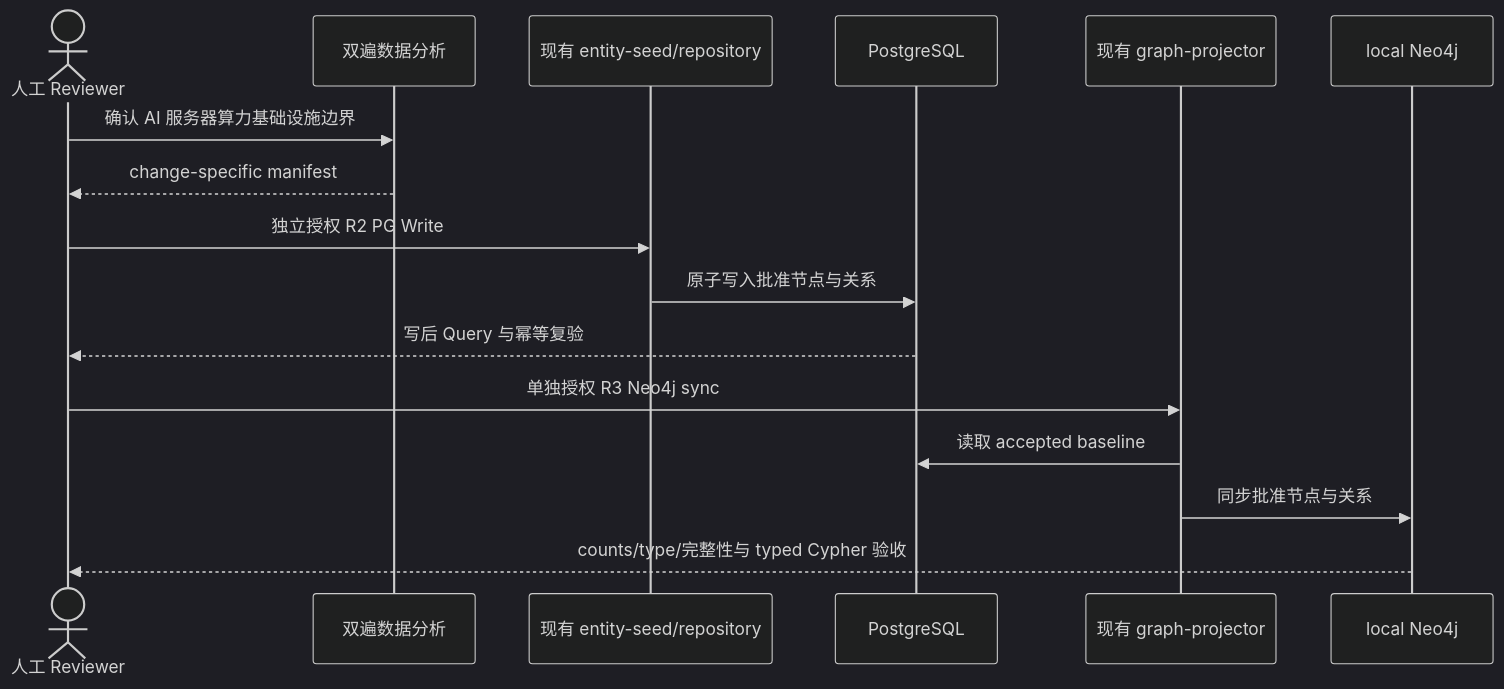
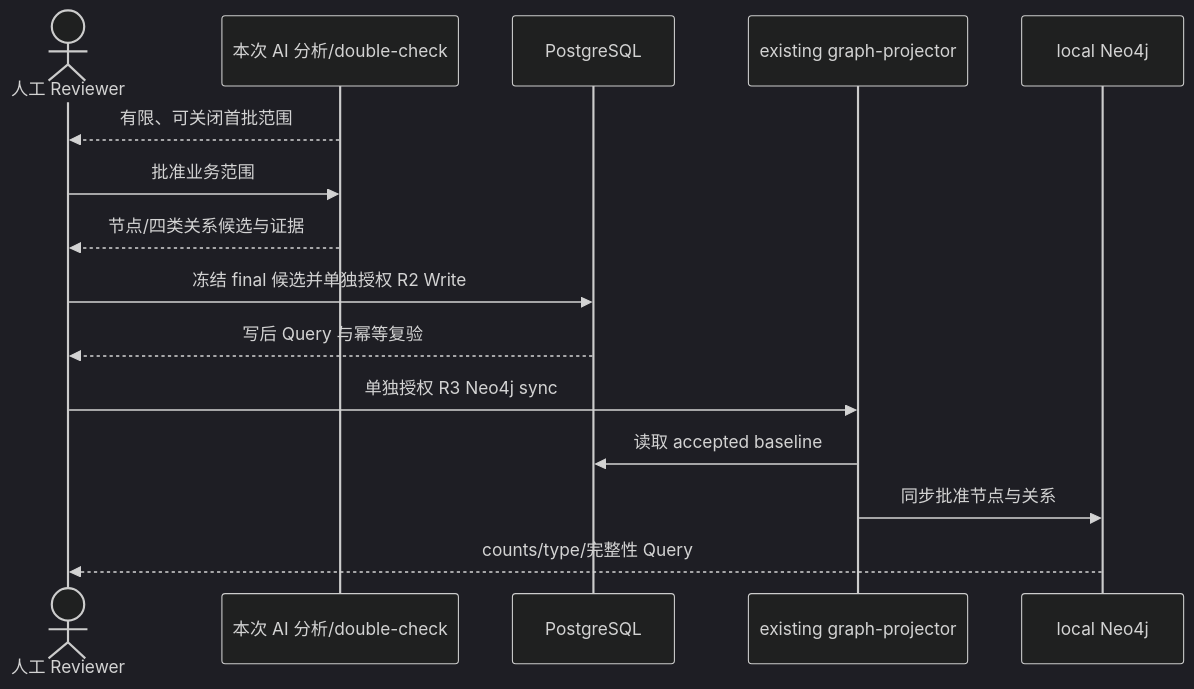
Before and after one commit to meierlink88/tidewise-ai: the second of 2 diagrams in openspec/changes/rebuild-foundation-graph-and-enrich-chain-data/design.md, drawn with Mermaid (dark theme). The commit also changed other lines of this file and 6 other files, not shown here.

Commit message:
spec: rescope foundation graph proposal

````diff
--- a/openspec/changes/rebuild-foundation-graph-and-enrich-chain-data/design.md
+++ b/openspec/changes/rebuild-foundation-graph-and-enrich-chain-data/design.md
@@ -82,19 +72,18 @@
 ```mermaid
 sequenceDiagram
     actor Reviewer as 人工 Reviewer
-    participant Analysis as 双遍数据分析
-    participant ExistingSeed as 现有 entity-seed/repository
+    participant Analysis as 本次 AI 分析/double-check
     participant PG as PostgreSQL
-    participant Projector as 现有 graph-projector
+    participant Projector as existing graph-projector
     participant Neo4j as local Neo4j
 
-    Reviewer->>Analysis: 确认 AI 服务器算力基础设施边界
-    Analysis-->>Reviewer: change-specific manifest
-    Reviewer->>ExistingSeed: 独立授权 R2 PG Write
-    ExistingSeed->>PG: 原子写入批准节点与关系
+    Analysis-->>Reviewer: 有限、可关闭首批范围
+    Reviewer->>Analysis: 批准业务范围
+    Analysis-->>Reviewer: 节点/四类关系候选与证据
+    Reviewer->>PG: 冻结 final 候选并单独授权 R2 Write
     PG-->>Reviewer: 写后 Query 与幂等复验
     Reviewer->>Projector: 单独授权 R3 Neo4j sync
     Projector->>PG: 读取 accepted baseline
     Projector->>Neo4j: 同步批准节点与关系
-    Neo4j-->>Reviewer: counts/type/完整性与 typed Cypher 验收
+    Neo4j-->>Reviewer: counts/type/完整性 Query
 ```
````
